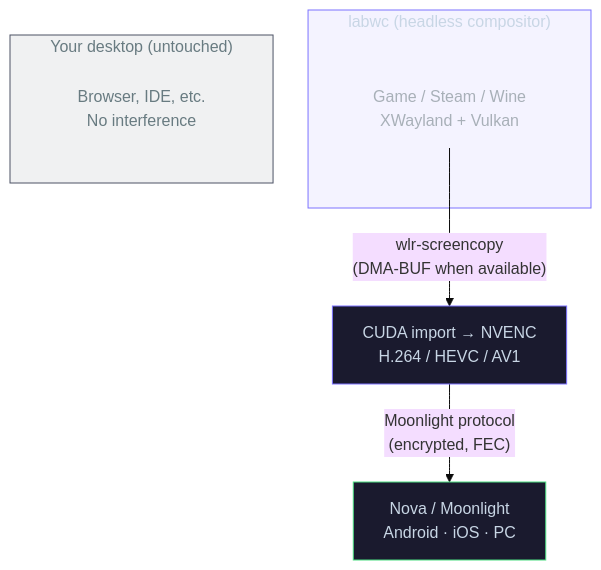
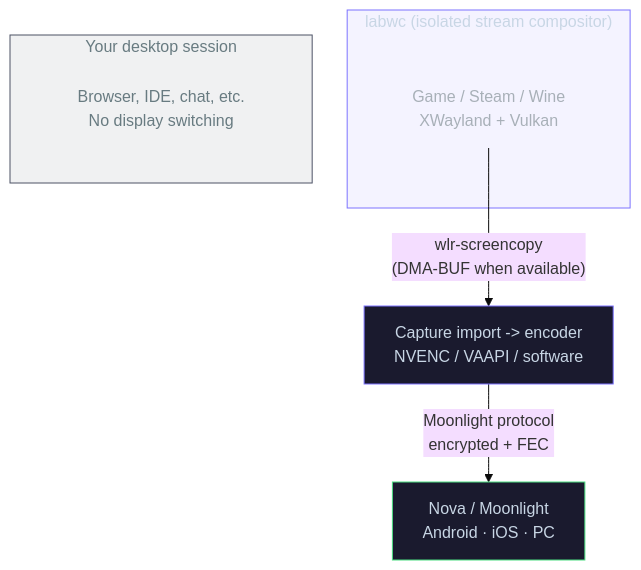
Before and after one commit to papi-ux/polaris: the diagram in README.md, drawn with Mermaid (base theme). The commit also changed other lines of this file and 20 other files, not shown here.

````diff
--- a/README.md
+++ b/README.md
@@ -120,21 +146,21 @@
 ```mermaid
 flowchart TB
-  subgraph labwc ["labwc (headless compositor)"]
+  subgraph labwc ["labwc (isolated stream compositor)"]
     game["Game / Steam / Wine\nXWayland + Vulkan"]
   end
 
-  subgraph desktop ["Your desktop (untouched)"]
-    apps["Browser, IDE, etc.\nNo interference"]
+  subgraph desktop ["Your desktop session"]
+    apps["Browser, IDE, chat, etc.\nNo display switching"]
   end
 
-  game -->|"wlr-screencopy\n(DMA-BUF when available)"| cuda
-  cuda["CUDA import → NVENC\nH.264 / HEVC / AV1"] -->|"Moonlight protocol\n(encrypted, FEC)"| client
+  game -->|"wlr-screencopy\n(DMA-BUF when available)"| encoder
+  encoder["Capture import -> encoder\nNVENC / VAAPI / software"] -->|"Moonlight protocol\nencrypted + FEC"| client
   client["Nova / Moonlight\nAndroid · iOS · PC"]
 
   style labwc fill:#7c73ff15,stroke:#7c73ff,color:#c8d6e5
   style desktop fill:#4c526515,stroke:#4c5265,color:#687b81
-  style cuda fill:#1a1a2e,stroke:#7c73ff,color:#c8d6e5
+  style encoder fill:#1a1a2e,stroke:#7c73ff,color:#c8d6e5
   style client fill:#1a1a2e,stroke:#4ade80,color:#c8d6e5
   style game fill:transparent,stroke:none,color:#a8b0b8
   style apps fill:transparent,stroke:none,color:#687b81
 ```
````
